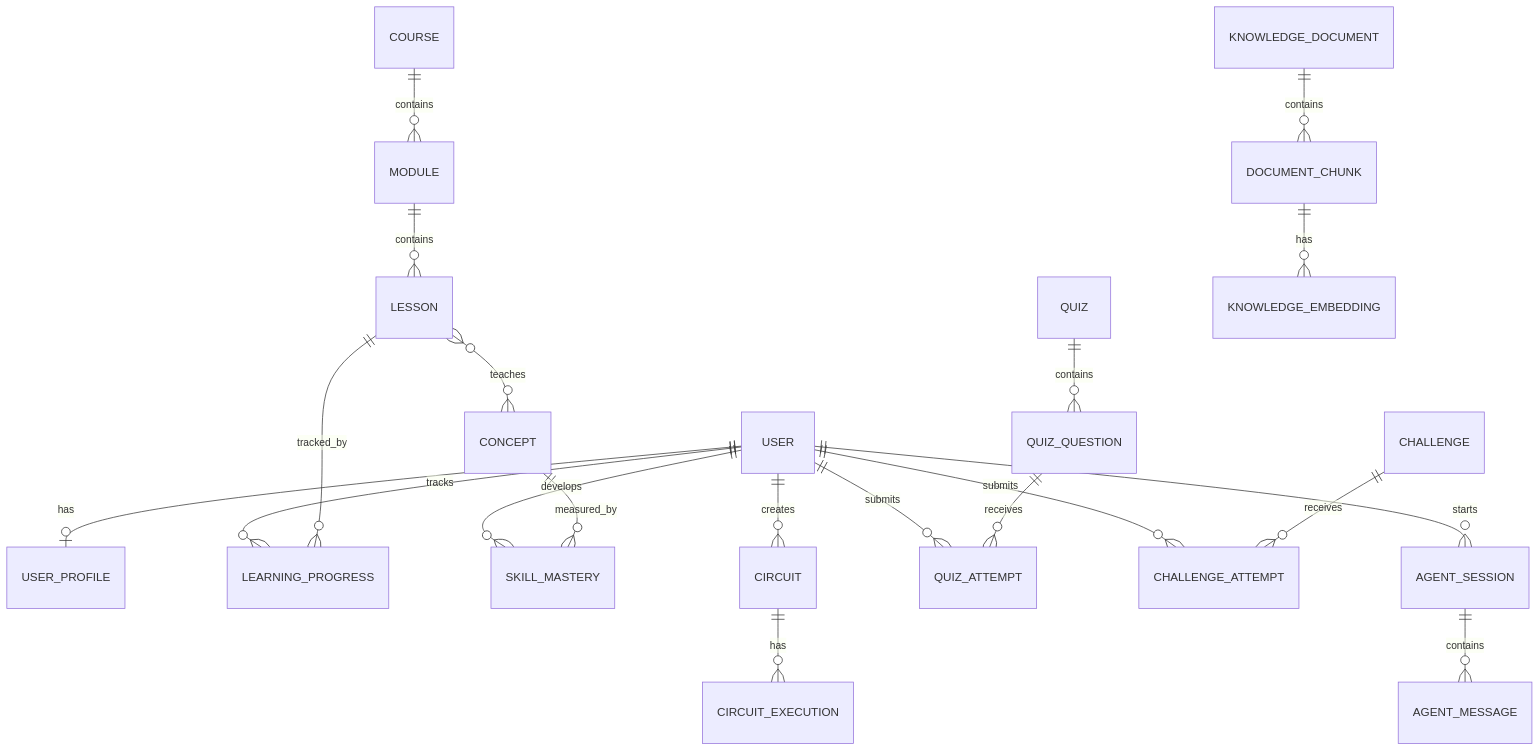
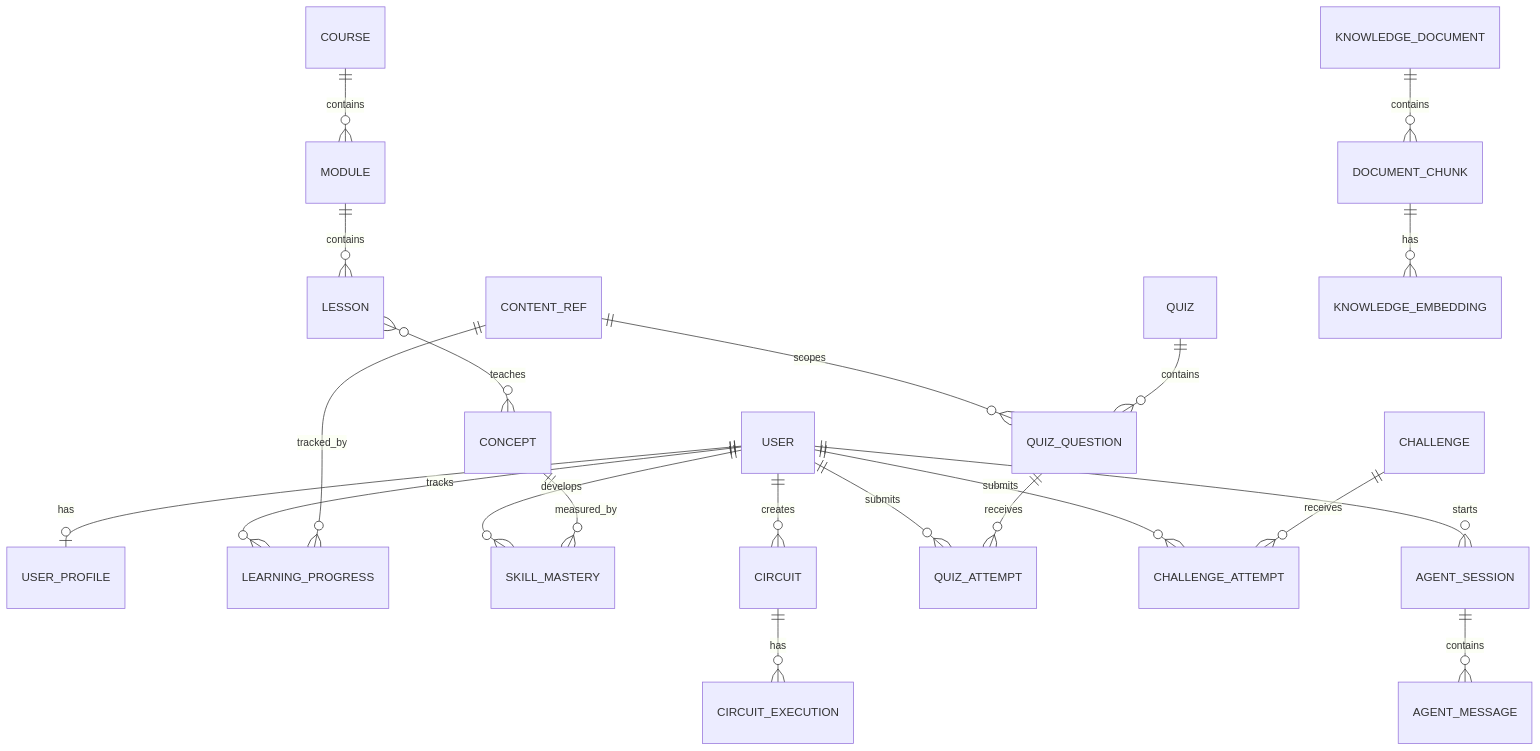
The first of 2 diagrams in docs/database.md (qphase-ai/Q-Learn), drawn with Mermaid before and after one commit. The commit also changed other lines of this file and 1 other file, not shown here.

Commit message:
docs: document content_refs table and legacy payload_id sentinel

````diff
--- a/docs/database.md
+++ b/docs/database.md
@@ -10,28 +10,29 @@
 ```mermaid
 erDiagram
     USER ||--o| USER_PROFILE : has
     USER ||--o{ LEARNING_PROGRESS : tracks
     USER ||--o{ SKILL_MASTERY : develops
     USER ||--o{ CIRCUIT : creates
     USER ||--o{ QUIZ_ATTEMPT : submits
     USER ||--o{ CHALLENGE_ATTEMPT : submits
     USER ||--o{ AGENT_SESSION : starts
 
     COURSE ||--o{ MODULE : contains
     MODULE ||--o{ LESSON : contains
     LESSON }o--o{ CONCEPT : teaches
 
     CONCEPT ||--o{ SKILL_MASTERY : measured_by
-    LESSON ||--o{ LEARNING_PROGRESS : tracked_by
+    CONTENT_REF ||--o{ LEARNING_PROGRESS : tracked_by
+    CONTENT_REF ||--o{ QUIZ_QUESTION : scopes
 
     QUIZ ||--o{ QUIZ_QUESTION : contains
     QUIZ_QUESTION ||--o{ QUIZ_ATTEMPT : receives
     CHALLENGE ||--o{ CHALLENGE_ATTEMPT : receives
 
     CIRCUIT ||--o{ CIRCUIT_EXECUTION : has
 
     AGENT_SESSION ||--o{ AGENT_MESSAGE : contains
 
     KNOWLEDGE_DOCUMENT ||--o{ DOCUMENT_CHUNK : contains
     DOCUMENT_CHUNK ||--o{ KNOWLEDGE_EMBEDDING : has
 ```
````
